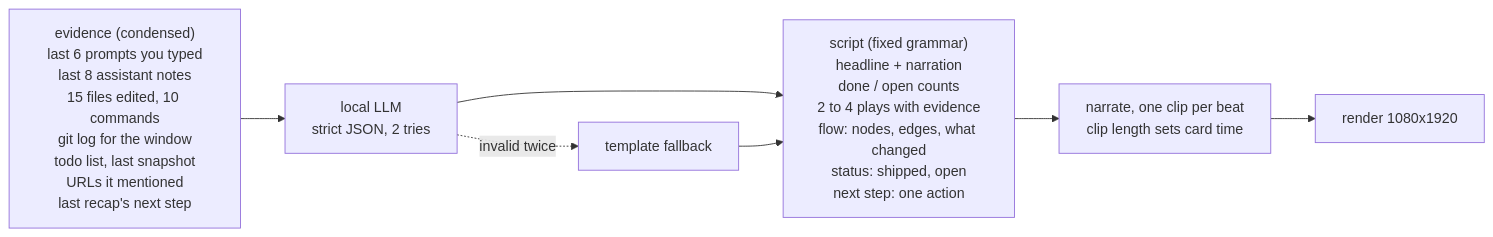
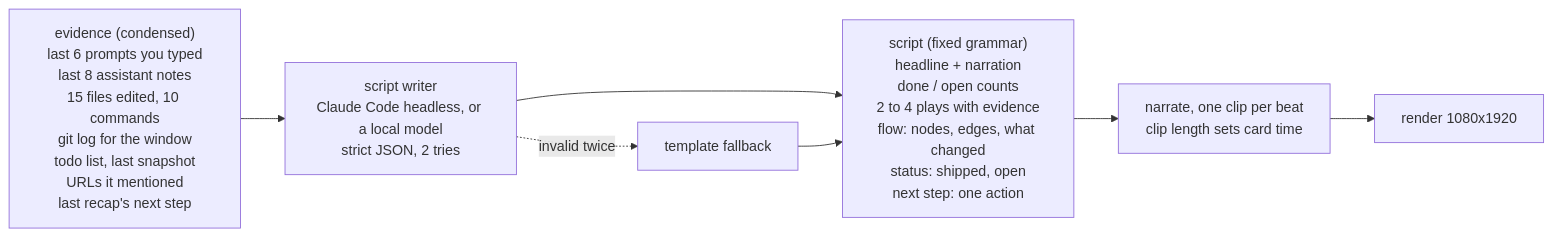
Before and after one commit to alexferrao/rikrok: the second of 2 diagrams in README.md, drawn with Mermaid. The commit also changed other lines of this file and 10 other files, not shown here.

Commit message:
0.5.0: Claude writes it (headless claude -p), SessionEnd hook, README around three paths

````diff
--- a/README.md
+++ b/README.md
@@ -82,7 +93,7 @@
 ```mermaid
 flowchart LR
-  E["evidence (condensed)<br/>last 6 prompts you typed<br/>last 8 assistant notes<br/>15 files edited, 10 commands<br/>git log for the window<br/>todo list, last snapshot<br/>URLs it mentioned<br/>last recap's next step"] --> L["local LLM<br/>strict JSON, 2 tries"]
+  E["evidence (condensed)<br/>last 6 prompts you typed<br/>last 8 assistant notes<br/>15 files edited, 10 commands<br/>git log for the window<br/>todo list, last snapshot<br/>URLs it mentioned<br/>last recap's next step"] --> L["script writer<br/>Claude Code headless, or a local model<br/>strict JSON, 2 tries"]
   L --> S["script (fixed grammar)<br/>headline + narration<br/>done / open counts<br/>2 to 4 plays with evidence<br/>flow: nodes, edges, what changed<br/>status: shipped, open<br/>next step: one action"]
   L -. "invalid twice" .-> T["template fallback"] --> S
   S --> N["narrate, one clip per beat<br/>clip length sets card time"] --> R["render 1080x1920"]
 ```
````
